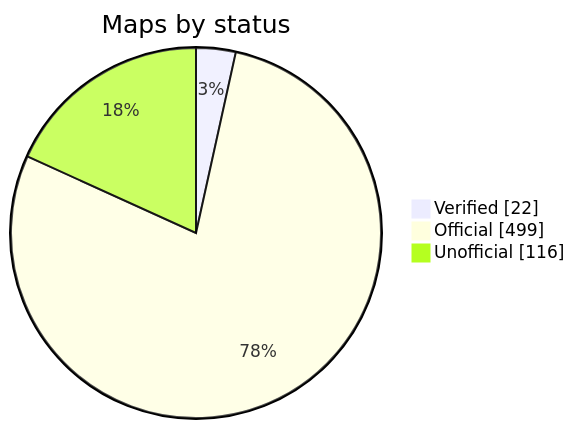
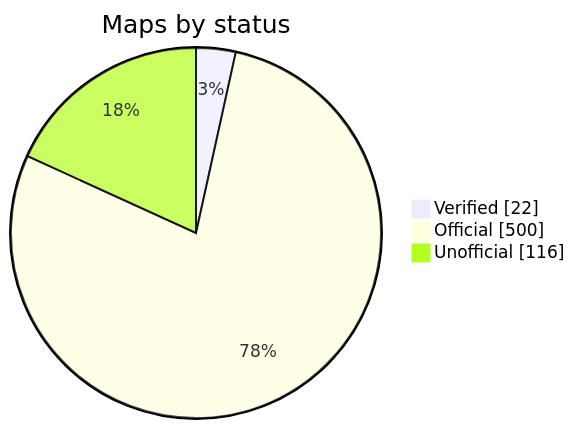
The diagram in README.md (nobrega8/mbmap-library), drawn with Mermaid before and after one commit. The commit also changed 6 other files, not shown here.

````diff
--- a/README.md
+++ b/README.md
@@ -52,7 +52,7 @@
 ```mermaid
 pie showData
     title Maps by status
     "Verified" : 22
-    "Official" : 499
+    "Official" : 500
     "Unofficial" : 116
 ```
````
